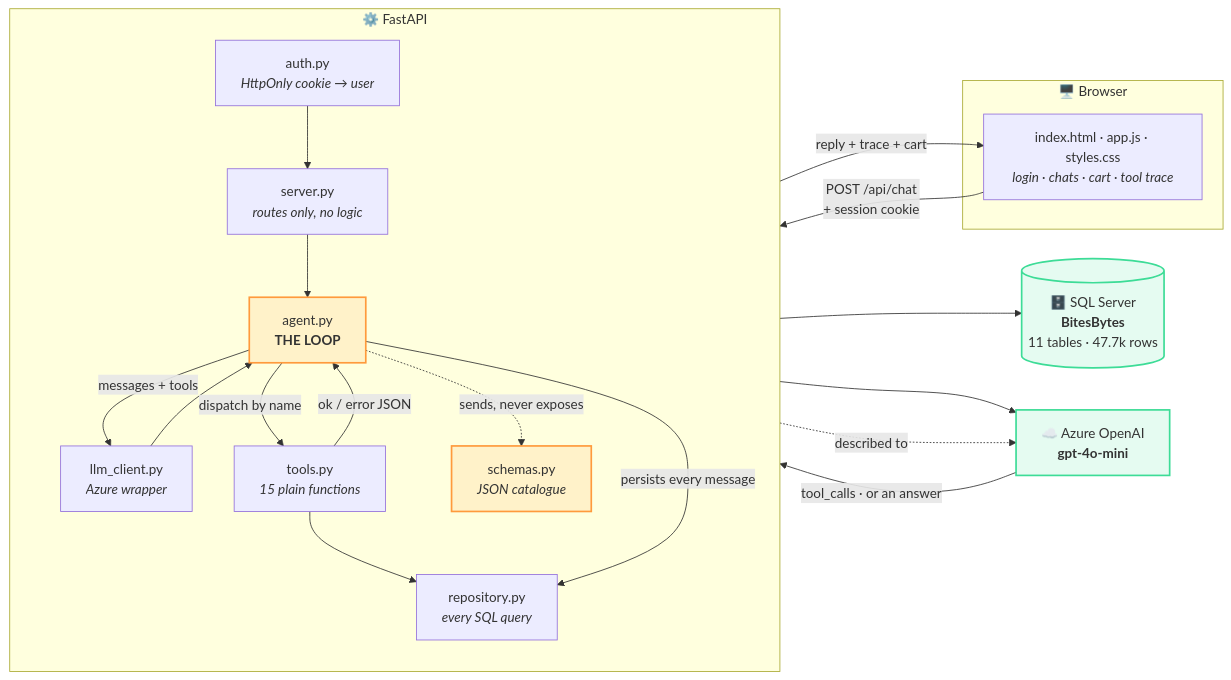
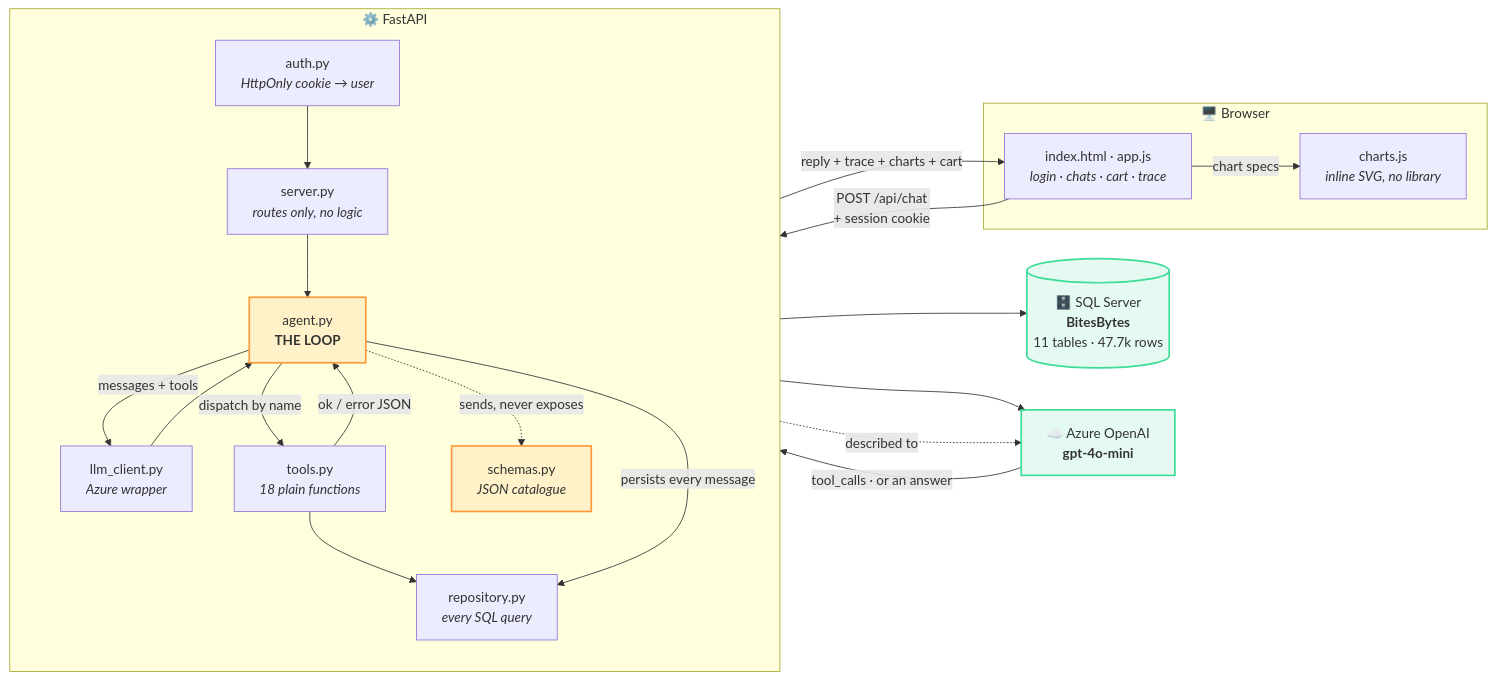
One commit to MuhammadWaqar621/bites-and-bytes changed the second of 4 diagrams in README.md. Above: the diagram before and after it, drawn with Mermaid. The commit also changed other lines of this file and 21 other files, not shown here.

First line of the commit message:
Analytics tools with charts, and real screenshots in the README

````diff
--- a/README.md
+++ b/README.md
@@ -381,44 +421,46 @@
 ```mermaid
 flowchart LR
     subgraph browser["🖥️  Browser"]
-        UI["index.html · app.js · styles.css<br/><i>login · chats · cart · tool trace</i>"]
+        UI["index.html · app.js<br/><i>login · chats · cart · trace</i>"]
+        CH["charts.js<br/><i>inline SVG, no library</i>"]
     end
 
     subgraph server["⚙️  FastAPI"]
         direction TB
         AU["auth.py<br/><i>HttpOnly cookie → user</i>"]
         SRV["server.py<br/><i>routes only, no logic</i>"]
         AG["agent.py<br/><b>THE LOOP</b>"]
-        TL["tools.py<br/><i>15 plain functions</i>"]
+        TL["tools.py<br/><i>18 plain functions</i>"]
         SC["schemas.py<br/><i>JSON catalogue</i>"]
         RP["repository.py<br/><i>every SQL query</i>"]
         LC["llm_client.py<br/><i>Azure wrapper</i>"]
     end
 
     DB[("🗄️  SQL Server<br/><b>BitesBytes</b><br/>11 tables · 47.7k rows")]
     AZ["☁️  Azure OpenAI<br/><b>gpt-4o-mini</b>"]
 
     UI -- "POST /api/chat<br/>+ session cookie" --> AU
     AU --> SRV
-    SRV -- "reply + trace + cart" --> UI
+    SRV -- "reply + trace + charts + cart" --> UI
+    UI -- "chart specs" --> CH
 
     SRV --> AG
     AG -- "messages + tools" --> LC
     LC --> AZ
     AZ -- "tool_calls · or an answer" --> LC
     LC --> AG
 
     AG -- "dispatch by name" --> TL
     TL -- "ok / error JSON" --> AG
     AG -. "sends, never exposes" .-> SC
     SC -. "described to" .-> AZ
 
     TL --> RP
     AG -- "persists every message" --> RP
     RP --> DB
 
     classDef hot fill:#ff9a3c22,stroke:#ff9a3c,stroke-width:2px
     classDef cloud fill:#3ddc9722,stroke:#3ddc97,stroke-width:2px
     class AG,SC hot
     class AZ,DB cloud
 ```
````
